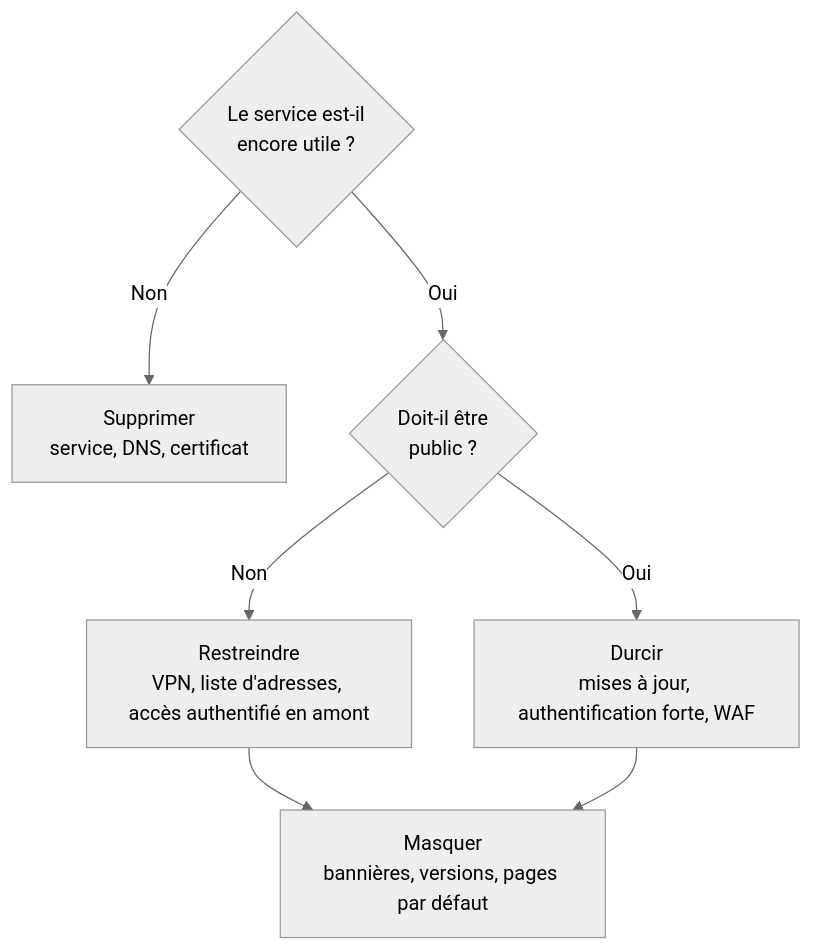
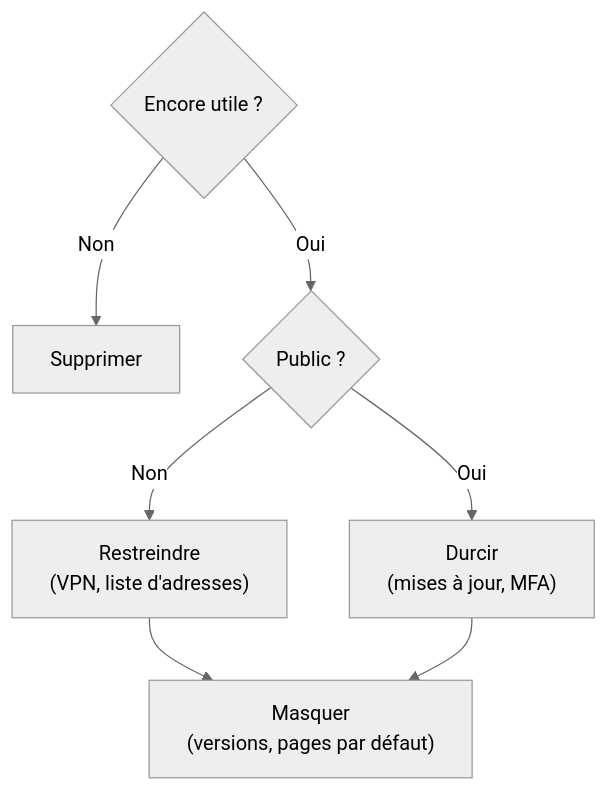
One commit to rwmicro/pensine changed the diagram in Applied Sciences/Computer Science/Software/Security/Exposition Internet/Réduire son exposition.md. Above: the diagram before and after it, drawn with Mermaid (neutral theme).

Commit message:
save: 25/11/2026 — diagramme plus étroit sur téléphone (1 fichier)
Claude-Session: https://claude.ai/code/session_01CQ1VcRWFmK2CQ496cpmQ5p

````diff
--- a/Applied Sciences/Computer Science/Software/Security/Exposition Internet/Réduire son exposition.md
+++ b/Applied Sciences/Computer Science/Software/Security/Exposition Internet/Réduire son exposition.md
@@ -22,9 +22,9 @@
 ```mermaid
 flowchart TB
-    Q1{"Le service est-il\nencore utile ?"} -->|Non| S["Supprimer\nservice, DNS, certificat"]
-    Q1 -->|Oui| Q2{"Doit-il être\npublic ?"}
-    Q2 -->|Non| R["Restreindre\nVPN, liste d'adresses, accès authentifié en amont"]
-    Q2 -->|Oui| D["Durcir\nmises à jour, authentification forte, WAF"]
-    R --> M["Masquer\nbannières, versions, pages par défaut"]
+    Q1{"Encore utile ?"} -->|Non| S["Supprimer"]
+    Q1 -->|Oui| Q2{"Public ?"}
+    Q2 -->|Non| R["Restreindre\n(VPN, liste d'adresses)"]
+    Q2 -->|Oui| D["Durcir\n(mises à jour, MFA)"]
+    R --> M["Masquer\n(versions, pages par défaut)"]
     D --> M
 ```
````
